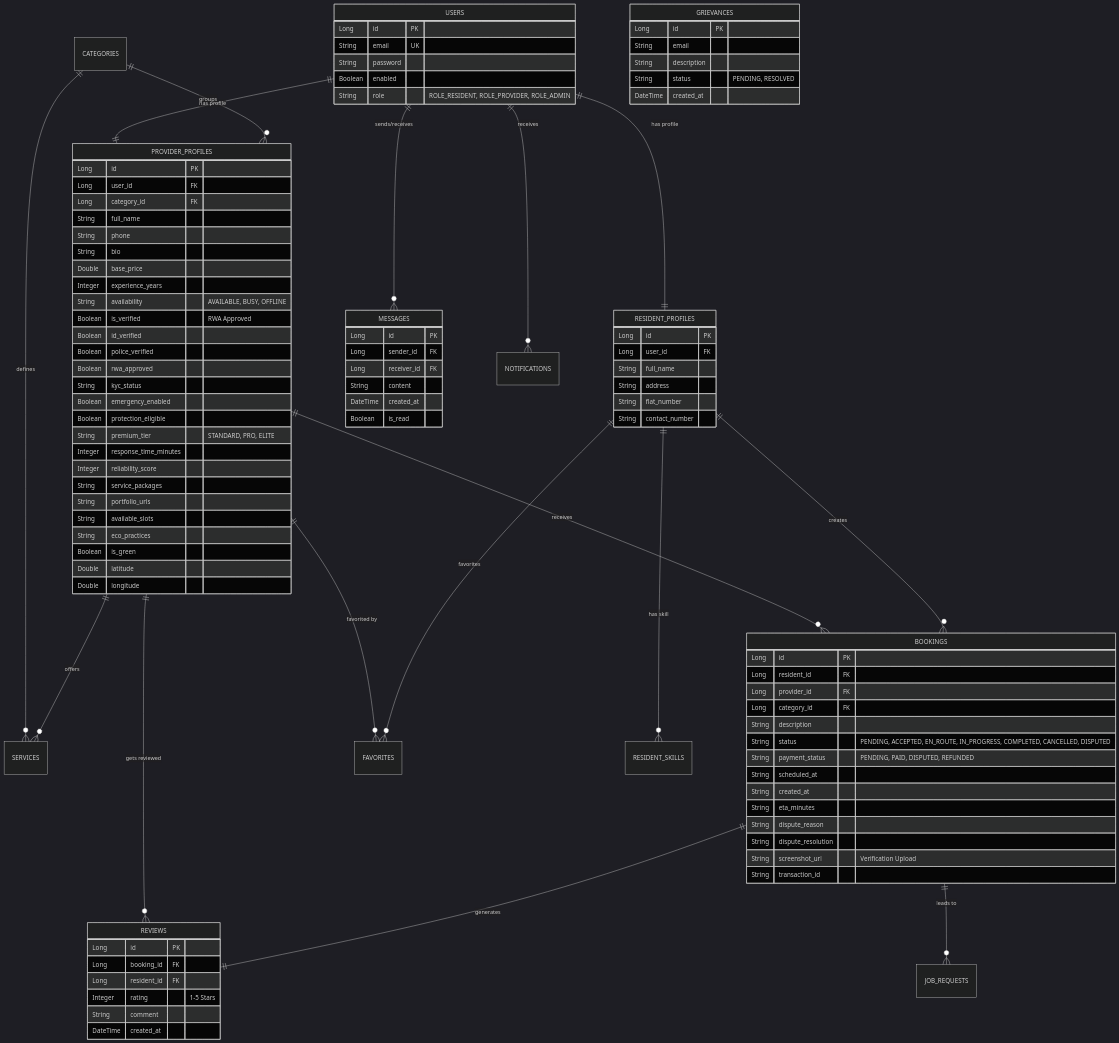
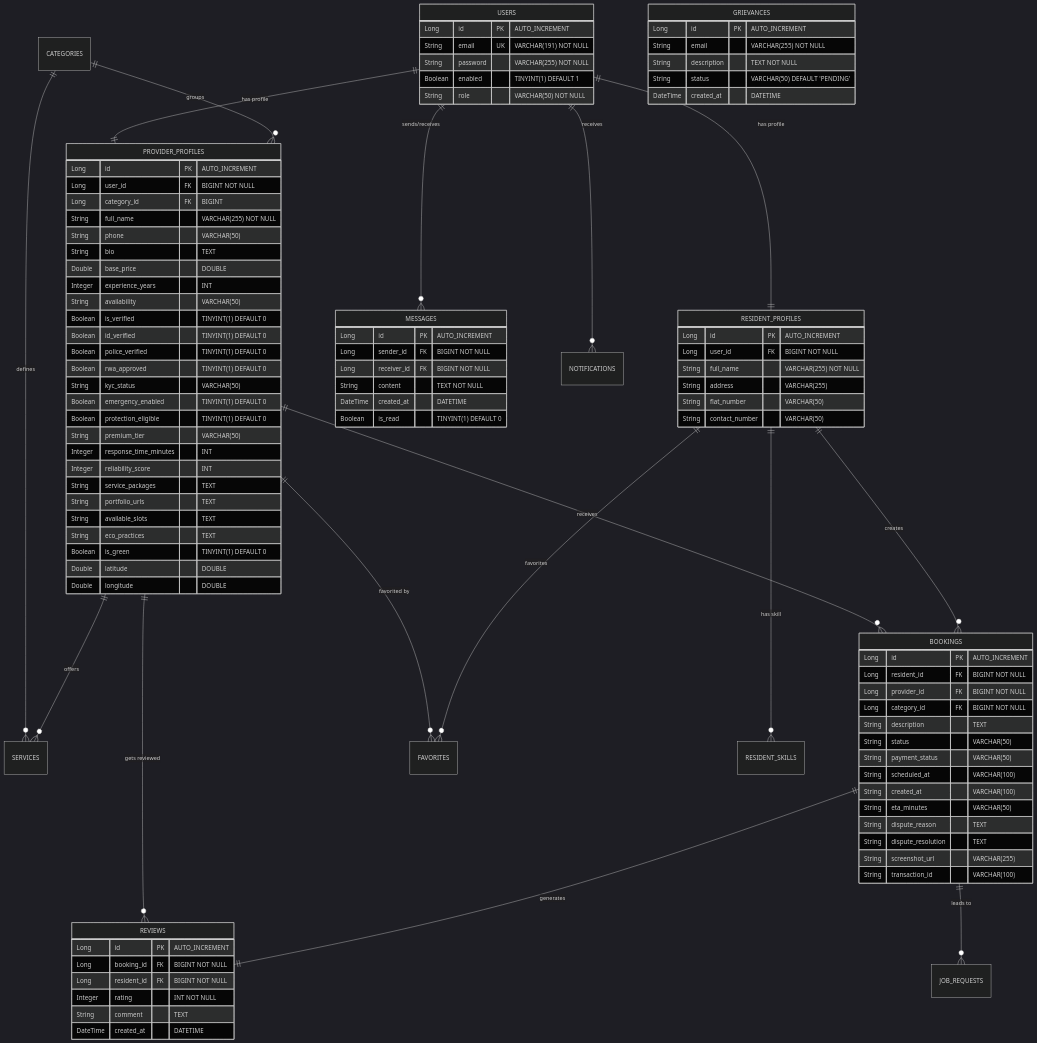
One commit to raviattrash-pro/societyConnect changed the first of 2 diagrams in docs/LLD.md. Above: the diagram before and after it, drawn with Mermaid (dark theme). The commit also changed other lines of this file and 17 other files, not shown here.

````diff
--- a/docs/LLD.md
+++ b/docs/LLD.md
@@ -27,91 +27,91 @@
     BOOKINGS ||--o{ JOB_REQUESTS : "leads to"
 
     USERS {
-        Long id PK
-        String email UK
-        String password
-        Boolean enabled
-        String role "ROLE_RESIDENT, ROLE_PROVIDER, ROLE_ADMIN"
+        Long id PK "AUTO_INCREMENT"
+        String email UK "VARCHAR(191) NOT NULL"
+        String password "VARCHAR(255) NOT NULL"
+        Boolean enabled "TINYINT(1) DEFAULT 1"
+        String role "VARCHAR(50) NOT NULL"
     }
 
     RESIDENT_PROFILES {
-        Long id PK
-        Long user_id FK
-        String full_name
-        String address
-        String flat_number
-        String contact_number
+        Long id PK "AUTO_INCREMENT"
+        Long user_id FK "BIGINT NOT NULL"
+        String full_name "VARCHAR(255) NOT NULL"
+        String address "VARCHAR(255)"
+        String flat_number "VARCHAR(50)"
+        String contact_number "VARCHAR(50)"
     }
 
     PROVIDER_PROFILES {
-        Long id PK
-        Long user_id FK
-        Long category_id FK
-        String full_name
-        String phone
-        String bio
-        Double base_price
-        Integer experience_years
-        String availability "AVAILABLE, BUSY, OFFLINE"
-        Boolean is_verified "RWA Approved"
-        Boolean id_verified
-        Boolean police_verified
-        Boolean rwa_approved
-        String kyc_status
-        Boolean emergency_enabled
-        Boolean protection_eligible
-        String premium_tier "STANDARD, PRO, ELITE"
-        Integer response_time_minutes
-        Integer reliability_score
-        String service_packages
-        String portfolio_urls
-        String available_slots
-        String eco_practices
-        Boolean is_green
-        Double latitude
-        Double longitude
+        Long id PK "AUTO_INCREMENT"
+        Long user_id FK "BIGINT NOT NULL"
+        Long category_id FK "BIGINT"
+        String full_name "VARCHAR(255) NOT NULL"
+        String phone "VARCHAR(50)"
+        String bio "TEXT"
+        Double base_price "DOUBLE"
+        Integer experience_years "INT"
+        String availability "VARCHAR(50)"
+        Boolean is_verified "TINYINT(1) DEFAULT 0"
+        Boolean id_verified "TINYINT(1) DEFAULT 0"
+        Boolean police_verified "TINYINT(1) DEFAULT 0"
+        Boolean rwa_approved "TINYINT(1) DEFAULT 0"
+        String kyc_status "VARCHAR(50)"
+        Boolean emergency_enabled "TINYINT(1) DEFAULT 0"
+        Boolean protection_eligible "TINYINT(1) DEFAULT 0"
+        String premium_tier "VARCHAR(50)"
+        Integer response_time_minutes "INT"
+        Integer reliability_score "INT"
+        String service_packages "TEXT"
+        String portfolio_urls "TEXT"
+        String available_slots "TEXT"
+        String eco_practices "TEXT"
+        Boolean is_green "TINYINT(1) DEFAULT 0"
+        Double latitude "DOUBLE"
+        Double longitude "DOUBLE"
     }
 
     BOOKINGS {
-        Long id PK
-        Long resident_id FK
-        Long provider_id FK
-        Long category_id FK
-        String description
-        String status "PENDING, ACCEPTED, EN_ROUTE, IN_PROGRESS, COMPLETED, CANCELLED, DISPUTED"
-        String payment_status "PENDING, PAID, DISPUTED, REFUNDED"
-        String scheduled_at
-        String created_at
-        String eta_minutes
-        String dispute_reason
-        String dispute_resolution
-        String screenshot_url "Verification Upload"
-        String transaction_id
+        Long id PK "AUTO_INCREMENT"
+        Long resident_id FK "BIGINT NOT NULL"
+        Long provider_id FK "BIGINT NOT NULL"
+        Long category_id FK "BIGINT NOT NULL"
+        String description "TEXT"
+        String status "VARCHAR(50)"
+        String payment_status "VARCHAR(50)"
+        String scheduled_at "VARCHAR(100)"
+        String created_at "VARCHAR(100)"
+        String eta_minutes "VARCHAR(50)"
+        String dispute_reason "TEXT"
+        String dispute_resolution "TEXT"
+        String screenshot_url "VARCHAR(255)"
+        String transaction_id "VARCHAR(100)"
     }
 
     REVIEWS {
-        Long id PK
-        Long booking_id FK
-        Long resident_id FK
-        Integer rating "1-5 Stars"
-        String comment
-        DateTime created_at
+        Long id PK "AUTO_INCREMENT"
+        Long booking_id FK "BIGINT NOT NULL"
+        Long resident_id FK "BIGINT NOT NULL"
+        Integer rating "INT NOT NULL"
+        String comment "TEXT"
+        DateTime created_at "DATETIME"
     }
 
     MESSAGES {
-        Long id PK
-        Long sender_id FK
-        Long receiver_id FK
-        String content
-        DateTime created_at
-        Boolean is_read
+        Long id PK "AUTO_INCREMENT"
+        Long sender_id FK "BIGINT NOT NULL"
+        Long receiver_id FK "BIGINT NOT NULL"
+        String content "TEXT NOT NULL"
+        DateTime created_at "DATETIME"
+        Boolean is_read "TINYINT(1) DEFAULT 0"
     }
 
     GRIEVANCES {
-        Long id PK
-        String email
-        String description
-        String status "PENDING, RESOLVED"
-        DateTime created_at
+        Long id PK "AUTO_INCREMENT"
+        String email "VARCHAR(255) NOT NULL"
+        String description "TEXT NOT NULL"
+        String status "VARCHAR(50) DEFAULT 'PENDING'"
+        DateTime created_at "DATETIME"
     }
 ```
````
